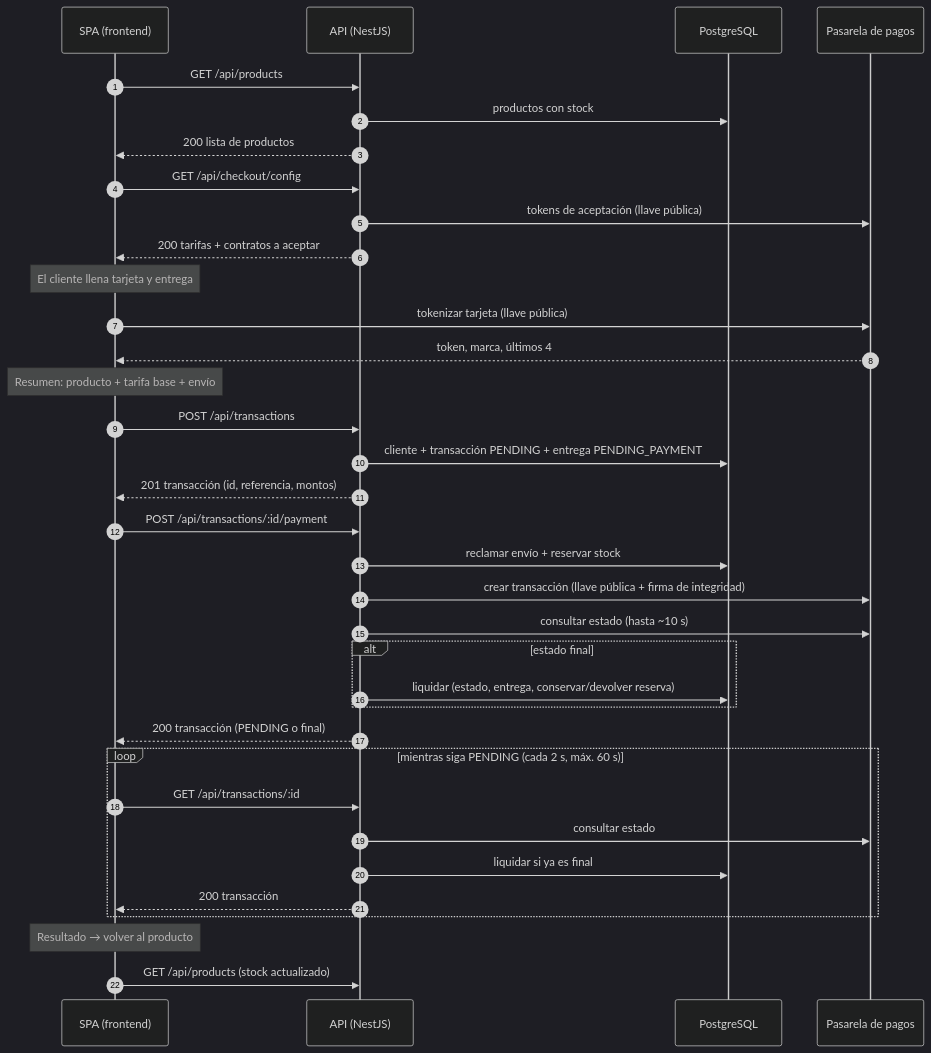
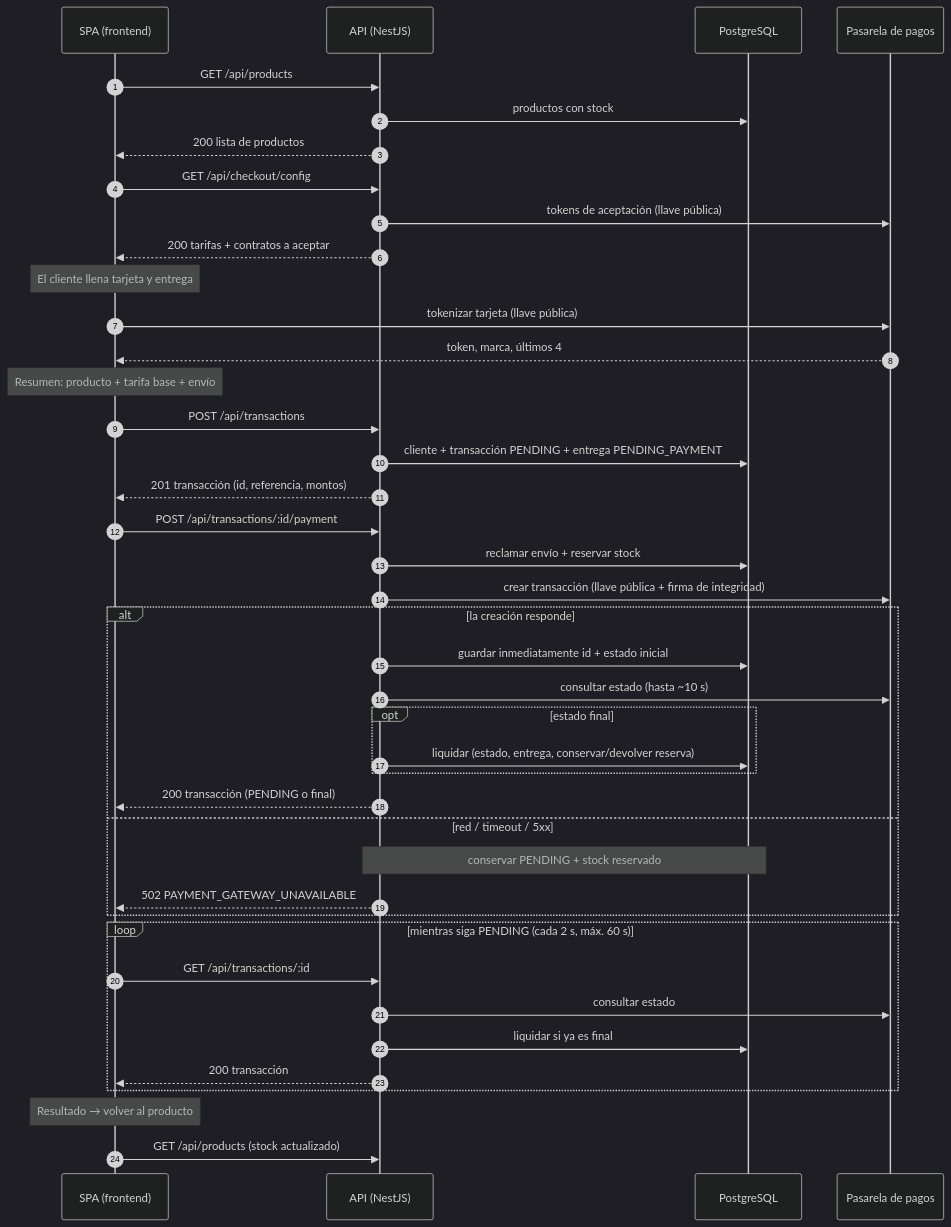
One commit to Manuelortegaj11/checkout-app changed the first of 3 diagrams in backend/docs/api/contrato-api.md. Above: the diagram before and after it, drawn with Mermaid (dark theme). The commit also changed other lines of this file and 3 other files, not shown here.

````diff
--- a/backend/docs/api/contrato-api.md
+++ b/backend/docs/api/contrato-api.md
@@ -7,44 +7,50 @@
 ```mermaid
 sequenceDiagram
     autonumber
     participant SPA as SPA (frontend)
     participant API as API (NestJS)
     participant DB as PostgreSQL
     participant PG as Pasarela de pagos
 
     SPA->>API: GET /api/products
     API->>DB: productos con stock
     API-->>SPA: 200 lista de productos
 
     SPA->>API: GET /api/checkout/config
     API->>PG: tokens de aceptación (llave pública)
     API-->>SPA: 200 tarifas + contratos a aceptar
 
     Note over SPA: El cliente llena tarjeta y entrega
     SPA->>PG: tokenizar tarjeta (llave pública)
     PG-->>SPA: token, marca, últimos 4
 
     Note over SPA: Resumen: producto + tarifa base + envío
     SPA->>API: POST /api/transactions
     API->>DB: cliente + transacción PENDING + entrega PENDING_PAYMENT
     API-->>SPA: 201 transacción (id, referencia, montos)
 
     SPA->>API: POST /api/transactions/:id/payment
     API->>DB: reclamar envío + reservar stock
     API->>PG: crear transacción (llave pública + firma de integridad)
-    API->>PG: consultar estado (hasta ~10 s)
-    alt estado final
-        API->>DB: liquidar (estado, entrega, conservar/devolver reserva)
+    alt la creación responde
+        API->>DB: guardar inmediatamente id + estado inicial
+        API->>PG: consultar estado (hasta ~10 s)
+        opt estado final
+            API->>DB: liquidar (estado, entrega, conservar/devolver reserva)
+        end
+        API-->>SPA: 200 transacción (PENDING o final)
+    else red / timeout / 5xx
+        Note over API,DB: conservar PENDING + stock reservado
+        API-->>SPA: 502 PAYMENT_GATEWAY_UNAVAILABLE
     end
-    API-->>SPA: 200 transacción (PENDING o final)
 
     loop mientras siga PENDING (cada 2 s, máx. 60 s)
         SPA->>API: GET /api/transactions/:id
         API->>PG: consultar estado
         API->>DB: liquidar si ya es final
         API-->>SPA: 200 transacción
     end
 
     Note over SPA: Resultado → volver al producto
     SPA->>API: GET /api/products (stock actualizado)
 ```
````
